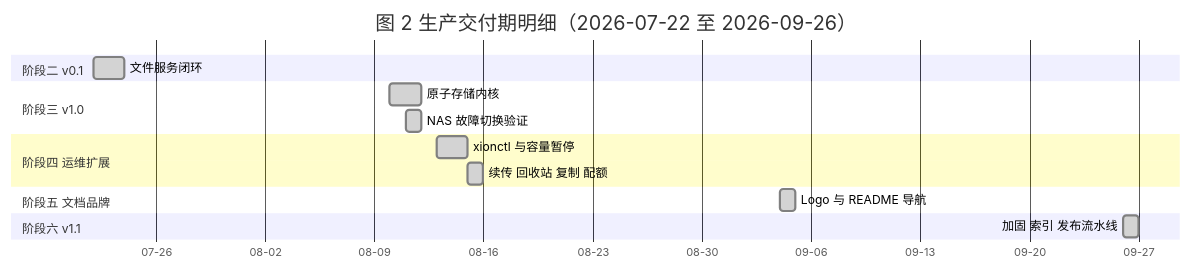
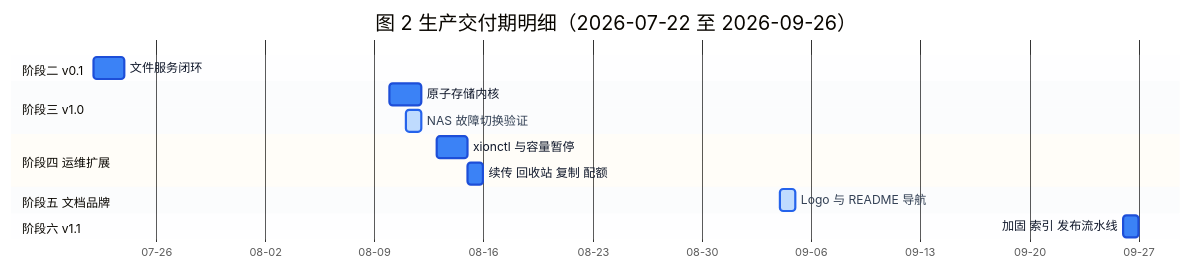
One commit to Kylinlixd/AstraStoreXion changed the second of 3 diagrams in 开发指南.md. Above: the diagram before and after it, drawn with Mermaid. The commit also changed other lines of this file, not shown here.

Commit message:
docs: 甘特图配色改为高对比蓝色系，流程图补上折返向下箭头

````diff
--- a/开发指南.md
+++ b/开发指南.md
@@ -33,21 +34,22 @@
 ```mermaid
+%%{init: {"theme": "base", "themeVariables": {"taskBkgColor": "#BFDBFE", "taskBorderColor": "#2563EB", "taskTextColor": "#FFFFFF", "taskTextDarkColor": "#0F172A", "taskTextOutsideColor": "#334155", "activeTaskBkgColor": "#3B82F6", "activeTaskBorderColor": "#1D4ED8", "doneTaskBkgColor": "#94A3B8", "doneTaskBorderColor": "#475569", "sectionBkgColor": "#F8FAFC", "altSectionBkgColor": "#E8EEF6", "gridColor": "#CBD5E1"}}}%%
 gantt
     title 图 2 生产交付期明细（2026-07-22 至 2026-09-26）
     dateFormat YYYY-MM-DD
     axisFormat %m-%d
     tickInterval 1week
     todayMarker off
 
     section 阶段二 v0.1
-    文件服务闭环 :done, s2, 2026-07-22, 2d
+    文件服务闭环 :active, s2, 2026-07-22, 2d
     section 阶段三 v1.0
-    原子存储内核 :done, s3, 2026-08-10, 2d
-    NAS 故障切换验证 :done, s3b, 2026-08-11, 1d
+    原子存储内核 :active, s3, 2026-08-10, 2d
+    NAS 故障切换验证 :s3b, 2026-08-11, 1d
     section 阶段四 运维扩展
-    xionctl 与容量暂停 :done, s4a, 2026-08-13, 2d
-    续传 回收站 复制 配额 :done, s4b, 2026-08-15, 1d
+    xionctl 与容量暂停 :active, s4a, 2026-08-13, 2d
+    续传 回收站 复制 配额 :active, s4b, 2026-08-15, 1d
     section 阶段五 文档品牌
-    Logo 与 README 导航 :done, s5, 2026-09-04, 1d
+    Logo 与 README 导航 :s5, 2026-09-04, 1d
     section 阶段六 v1.1
-    加固 索引 发布流水线 :done, s6, 2026-09-26, 1d
+    加固 索引 发布流水线 :active, s6, 2026-09-26, 1d
 ```
````
